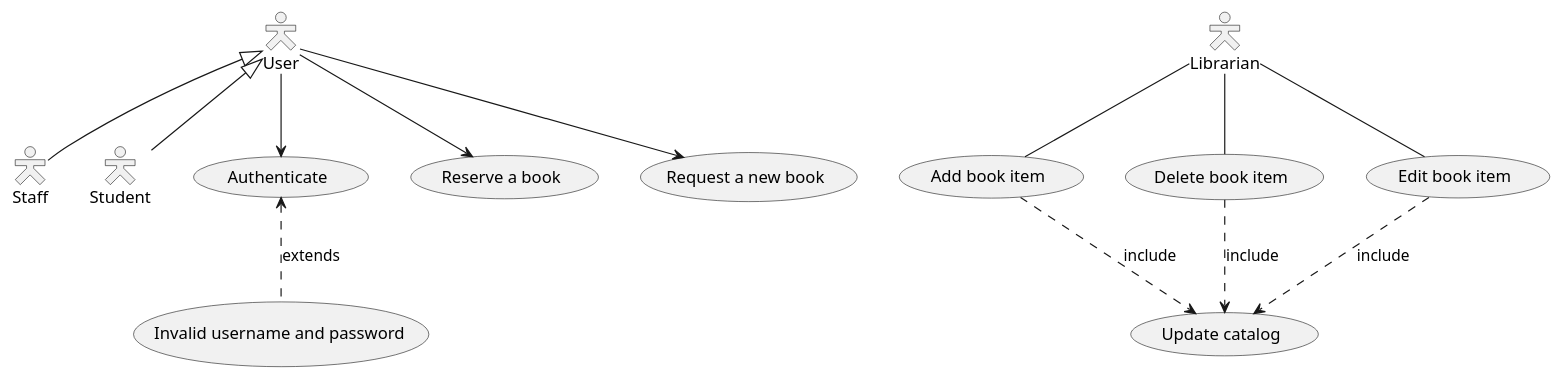
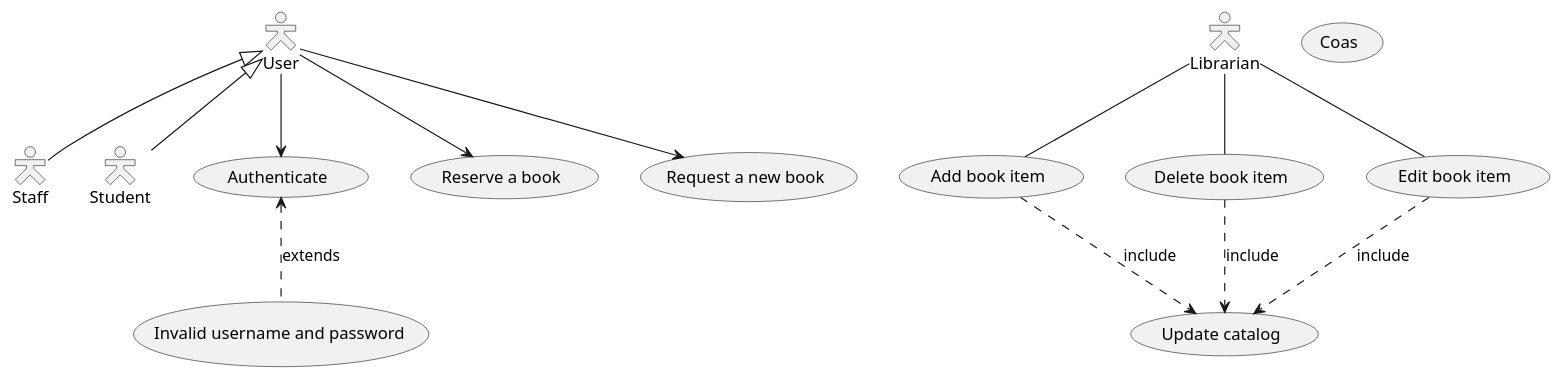
One commit to Sgontardo/java-swing changed the diagram in docs/caso de uso.puml. Above: the diagram before and after it, drawn with PlantUML.

Commit message:
cambio minimo

```diff
--- a/docs/caso de uso.puml
+++ b/docs/caso de uso.puml
@@ -1,29 +1,29 @@
 @startuml
 'https://plantuml.com/use-case-diagram
 skinparam actorStyle Hollow
 
 :User:
 
 User <|-- Staff
 User <|-- Student
 
 User --> (Authenticate)
 User --> (Reserve a book)
 User --> (Request a new book)
 
 
 (Authenticate) <.. (Invalid username and password) : extends
 (Reserve a book)
 (Request a new book)
 
 :Librarian: as lib
 
 lib -- (Add book item)
 lib -- (Delete book item)
 lib -- (Edit book item)
 
 (Add book item) ..> (Update catalog):include
 (Delete book item) ..> (Update catalog):include
 (Edit book item) ..> (Update catalog):include
-
+(Coas)
 @enduml
```
